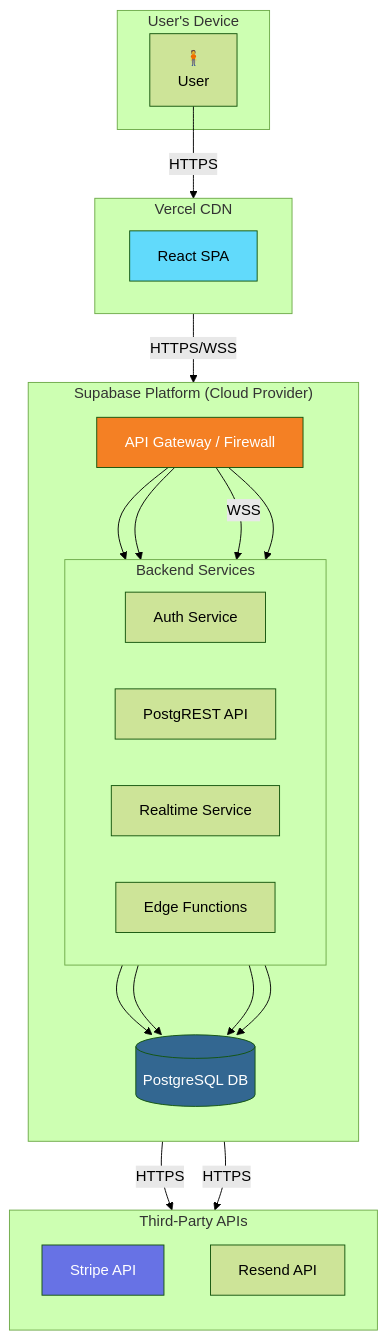
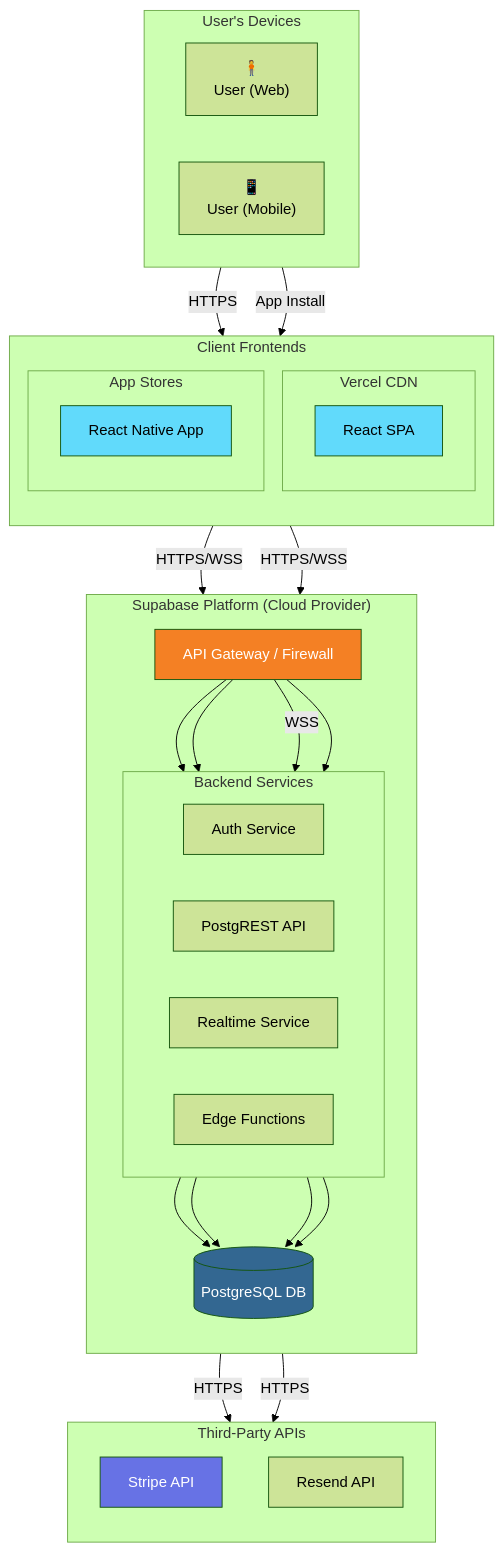
The first of 5 diagrams in public/docs/SAD.md (maddude73/clientpass-doc-site-master), drawn with Mermaid (forest theme) before and after one commit. The commit also changed other lines of this file and 5 other files, not shown here.

Commit message:
docs: update architecture and component docs for react native app

````diff
--- a/public/docs/SAD.md
+++ b/public/docs/SAD.md
@@ -23,54 +23,64 @@
 ```mermaid
 graph TB
-    subgraph "User's Device"
-        User["🧍<br/>User"]
+    subgraph "User's Devices"
+        direction LR
+        UserWeb["🧍<br/>User (Web)"]
+        UserMobile["📱<br/>User (Mobile)"]
     end
 
-    subgraph "Vercel CDN"
-        direction LR
-        Frontend[React SPA]
+    subgraph "Client Frontends"
+        direction TB
+        subgraph "Vercel CDN"
+            FrontendWeb[React SPA]
+        end
+        subgraph "App Stores"
+            FrontendMobile[React Native App]
+        end
     end
 
-    User -- "HTTPS" --> Frontend
+    UserWeb -- "HTTPS" --> FrontendWeb
+    UserMobile -- "App Install" --> FrontendMobile
 
     subgraph "Supabase Platform (Cloud Provider)"
         direction TB
         Gateway[API Gateway / Firewall]
 
         subgraph "Backend Services"
             direction LR
             Auth[Auth Service]
             PostgREST[PostgREST API]
             Realtime[Realtime Service]
             EdgeFunctions[Edge Functions]
         end
 
         Database[(PostgreSQL DB)]
 
         Gateway --> Auth
         Gateway --> PostgREST
         Gateway -- "WSS" --> Realtime
         Gateway --> EdgeFunctions
 
         Auth --> Database
         PostgREST --> Database
         Realtime --> Database
         EdgeFunctions --> Database
     end
 
-    Frontend -- "HTTPS/WSS" --> Gateway
+    FrontendWeb -- "HTTPS/WSS" --> Gateway
+    FrontendMobile -- "HTTPS/WSS" --> Gateway
 
     subgraph "Third-Party APIs"
         direction TB
         Stripe[Stripe API]
         Resend[Resend API]
     end
 
     EdgeFunctions -- "HTTPS" --> Stripe
     EdgeFunctions -- "HTTPS" --> Resend
 
-    style Frontend fill:#61DAFB,color:#000
+    style FrontendWeb fill:#61DAFB,color:#000
+    style FrontendMobile fill:#61DAFB,color:#000
     style Gateway fill:#F48024,color:#fff
     style Database fill:#336791,color:#fff
     style Stripe fill:#6772e5,color:#fff
 ```
````
